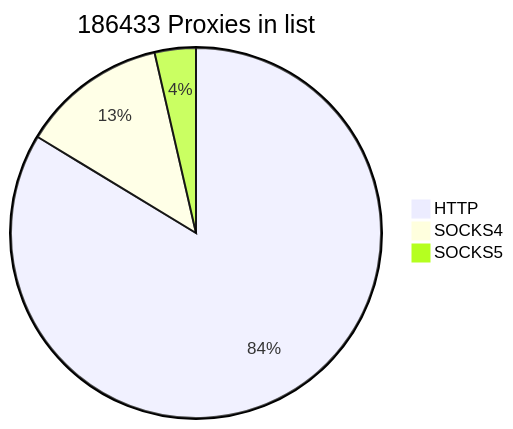
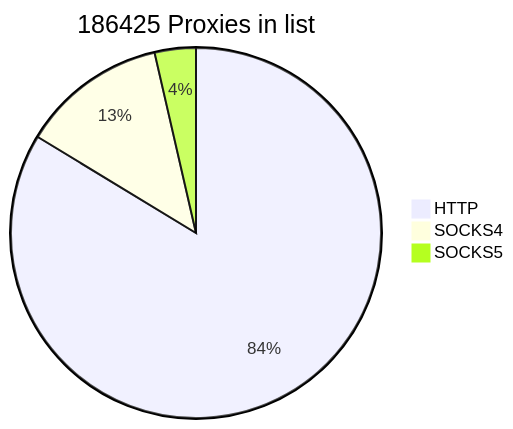
Before and after one commit to cutipu/proxylist: the first of 2 diagrams in README.md, drawn with Mermaid. The commit also changed other lines of this file, not shown here.

````diff
--- a/README.md
+++ b/README.md
@@ -2,7 +2,7 @@
 ```mermaid
-pie title 186433 Proxies in list
+pie title 186425 Proxies in list
     "HTTP" : 156010
-    "SOCKS4" : 23721
-    "SOCKS5" : 6702
+    "SOCKS4" : 23715
+    "SOCKS5" : 6700
             
 ```
````
